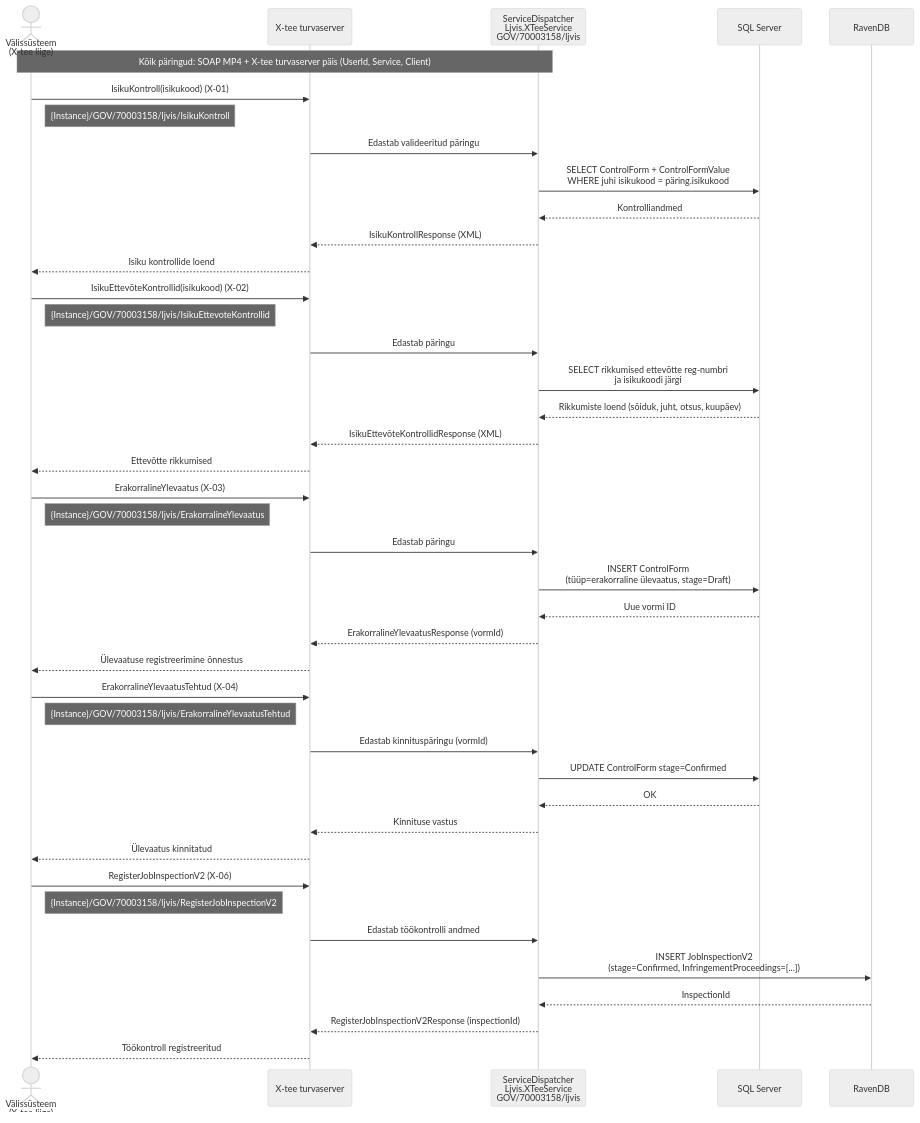
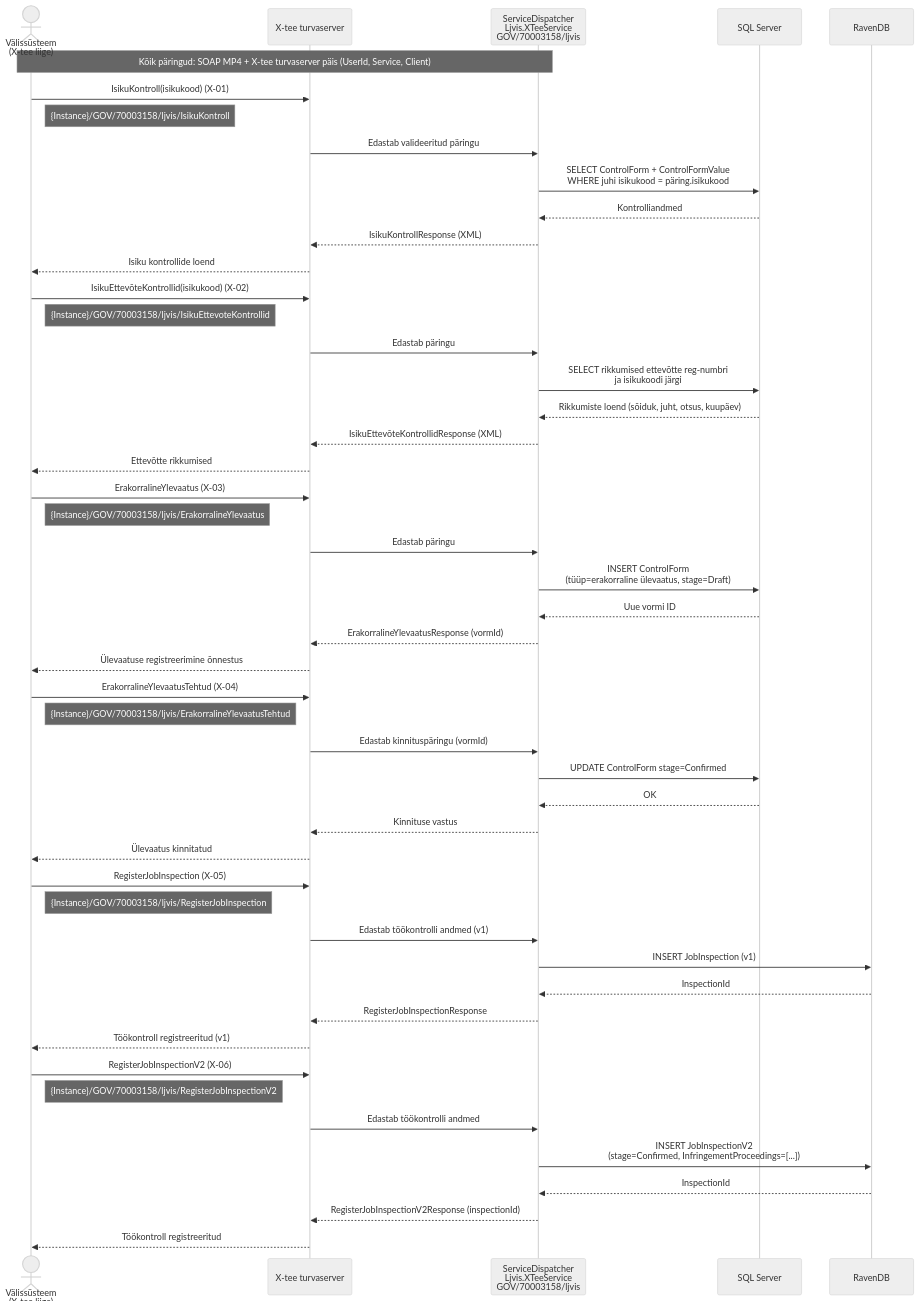
One commit to kemit-ee/ljvis-2 changed diagram 18 of 19 in architecture/use-cases.md. Above: the diagram before and after it, drawn with Mermaid (neutral theme). The commit also changed other lines of this file, not shown here.

````diff
--- a/architecture/use-cases.md
+++ b/architecture/use-cases.md
@@ -843,50 +881,58 @@
 ```mermaid
 sequenceDiagram
     actor Välis as Välissüsteem<br/>(X-tee liige)
     participant XTee as X-tee turvaserver
     participant Dispatcher as ServiceDispatcher<br/>Ljvis.XTeeService<br/>GOV/70003158/ljvis
     participant DB as SQL Server
     participant Raven as RavenDB
 
     Note over Välis,Dispatcher: Kõik päringud: SOAP MP4 + X-tee turvaserver päis (UserId, Service, Client)
 
     Välis->>XTee: IsikuKontroll(isikukood) (X-01)
     Note right of Välis: {Instance}/GOV/70003158/ljvis/IsikuKontroll
     XTee->>Dispatcher: Edastab valideeritud päringu
     Dispatcher->>DB: SELECT ControlForm + ControlFormValue<br/>WHERE juhi isikukood = päring.isikukood
     DB-->>Dispatcher: Kontrolliandmed
     Dispatcher-->>XTee: IsikuKontrollResponse (XML)
     XTee-->>Välis: Isiku kontrollide loend
 
     Välis->>XTee: IsikuEttevõteKontrollid(isikukood) (X-02)
     Note right of Välis: {Instance}/GOV/70003158/ljvis/IsikuEttevoteKontrollid
     XTee->>Dispatcher: Edastab päringu
     Dispatcher->>DB: SELECT rikkumised ettevõtte reg-numbri<br/>ja isikukoodi järgi
     DB-->>Dispatcher: Rikkumiste loend (sõiduk, juht, otsus, kuupäev)
     Dispatcher-->>XTee: IsikuEttevõteKontrollidResponse (XML)
     XTee-->>Välis: Ettevõtte rikkumised
 
     Välis->>XTee: ErakorralineYlevaatus (X-03)
     Note right of Välis: {Instance}/GOV/70003158/ljvis/ErakorralineYlevaatus
     XTee->>Dispatcher: Edastab päringu
     Dispatcher->>DB: INSERT ControlForm<br/>(tüüp=erakorraline ülevaatus, stage=Draft)
     DB-->>Dispatcher: Uue vormi ID
     Dispatcher-->>XTee: ErakorralineYlevaatusResponse (vormId)
     XTee-->>Välis: Ülevaatuse registreerimine õnnestus
 
     Välis->>XTee: ErakorralineYlevaatusTehtud (X-04)
     Note right of Välis: {Instance}/GOV/70003158/ljvis/ErakorralineYlevaatusTehtud
     XTee->>Dispatcher: Edastab kinnituspäringu (vormId)
     Dispatcher->>DB: UPDATE ControlForm stage=Confirmed
     DB-->>Dispatcher: OK
     Dispatcher-->>XTee: Kinnituse vastus
     XTee-->>Välis: Ülevaatus kinnitatud
 
+    Välis->>XTee: RegisterJobInspection (X-05)
+    Note right of Välis: {Instance}/GOV/70003158/ljvis/RegisterJobInspection
+    XTee->>Dispatcher: Edastab töökontrolli andmed (v1)
+    Dispatcher->>Raven: INSERT JobInspection (v1)
+    Raven-->>Dispatcher: InspectionId
+    Dispatcher-->>XTee: RegisterJobInspectionResponse
+    XTee-->>Välis: Töökontroll registreeritud (v1)
+
     Välis->>XTee: RegisterJobInspectionV2 (X-06)
     Note right of Välis: {Instance}/GOV/70003158/ljvis/RegisterJobInspectionV2
     XTee->>Dispatcher: Edastab töökontrolli andmed
     Dispatcher->>Raven: INSERT JobInspectionV2<br/>(stage=Confirmed, InfringementProceedings=[...])
     Raven-->>Dispatcher: InspectionId
     Dispatcher-->>XTee: RegisterJobInspectionV2Response (inspectionId)
     XTee-->>Välis: Töökontroll registreeritud
 ```
````
